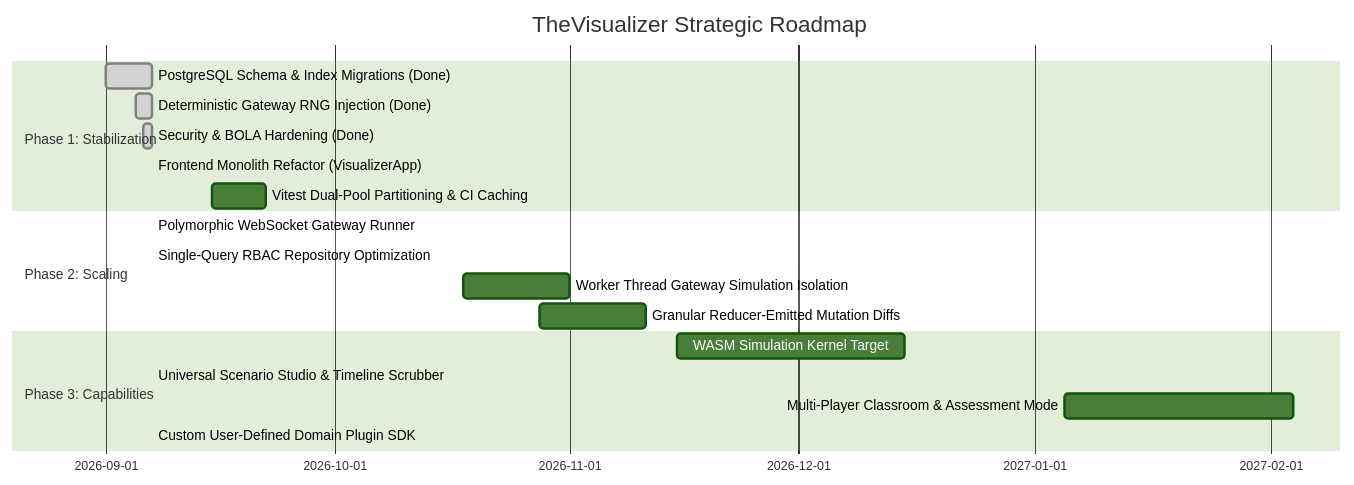
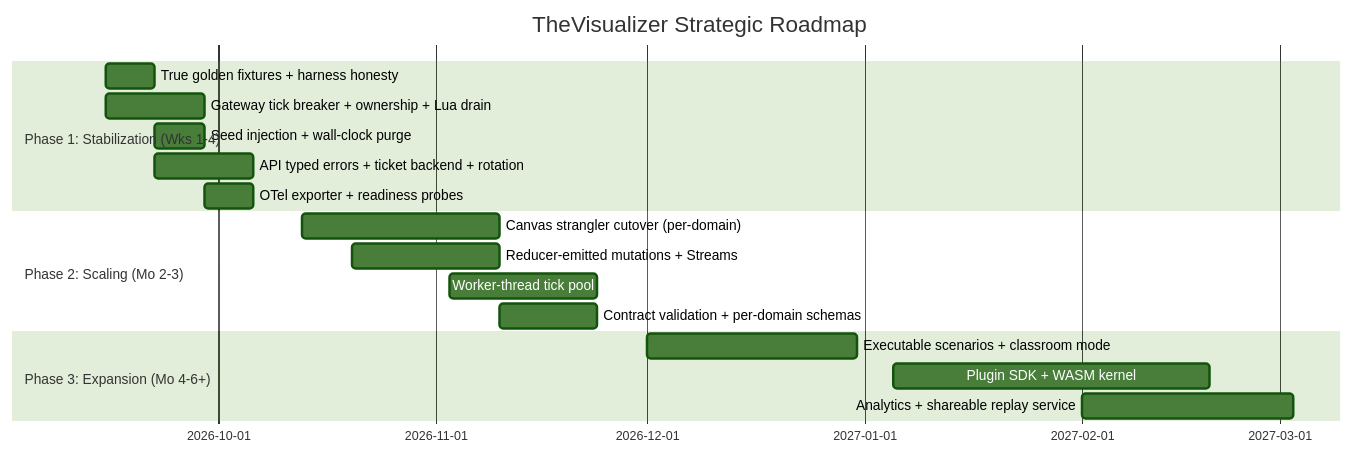
The diagram in REVIEW_AND_ROADMAP.md (daryllrebeiro/the-visualizer), drawn with Mermaid (forest theme) before and after one commit. The commit also changed other lines of this file and 9 other files, not shown here.

Commit message:
chore(infra,docs): OTLP exporter, CI healthchecks, roadmap and audit reports

````diff
--- a/REVIEW_AND_ROADMAP.md
+++ b/REVIEW_AND_ROADMAP.md
@@ -412,21 +286,20 @@
 ```mermaid
 gantt
     title TheVisualizer Strategic Roadmap
     dateFormat  YYYY-MM-DD
-    section Phase 1: Stabilization
-    PostgreSQL Schema & Index Migrations (Done)  :done, p1_1, 2026-09-01, 2026-09-07
-    Deterministic Gateway RNG Injection (Done)   :done, p1_2, 2026-09-05, 2026-09-07
-    Security & BOLA Hardening (Done)             :done, p1_3, 2026-09-06, 2026-09-07
-    Frontend Monolith Refactor (VisualizerApp)   :done, p1_4, 2026-09-07, 2026-09-07
-    Vitest Dual-Pool Partitioning & CI Caching   :p1_5, 2026-09-15, 7d
-    section Phase 2: Scaling
-    Polymorphic WebSocket Gateway Runner         :done, p2_1, 2026-09-07, 2026-09-07
-    Single-Query RBAC Repository Optimization    :done, p2_2, 2026-09-07, 2026-09-07
-    Worker Thread Gateway Simulation Isolation   :p2_3, 2026-10-18, 14d
-    Granular Reducer-Emitted Mutation Diffs      :p2_4, 2026-10-28, 14d
-    section Phase 3: Capabilities
-    WASM Simulation Kernel Target                :p3_1, 2026-11-15, 30d
-    Universal Scenario Studio & Timeline Scrubber:done, p3_2, 2026-09-07, 2026-09-07
-    Multi-Player Classroom & Assessment Mode     :p3_3, 2027-01-05, 30d
-    Custom User-Defined Domain Plugin SDK        :done, p3_4, 2026-09-07, 2026-09-07
+    section Phase 1: Stabilization (Wks 1-4)
+    True golden fixtures + harness honesty       :p1a, 2026-09-15, 7d
+    Gateway tick breaker + ownership + Lua drain :p1b, 2026-09-15, 14d
+    Seed injection + wall-clock purge            :p1c, 2026-09-22, 7d
+    API typed errors + ticket backend + rotation :p1d, 2026-09-22, 14d
+    OTel exporter + readiness probes             :p1e, 2026-09-29, 7d
+    section Phase 2: Scaling (Mo 2-3)
+    Canvas strangler cutover (per-domain)        :p2a, 2026-10-13, 28d
+    Reducer-emitted mutations + Streams          :p2b, 2026-10-20, 21d
+    Worker-thread tick pool                      :p2c, 2026-11-03, 21d
+    Contract validation + per-domain schemas     :p2d, 2026-11-10, 14d
+    section Phase 3: Expansion (Mo 4-6+)
+    Executable scenarios + classroom mode        :p3a, 2026-12-01, 30d
+    Plugin SDK + WASM kernel                     :p3b, 2027-01-05, 45d
+    Analytics + shareable replay service         :p3c, 2027-02-01, 30d
 ```
````
